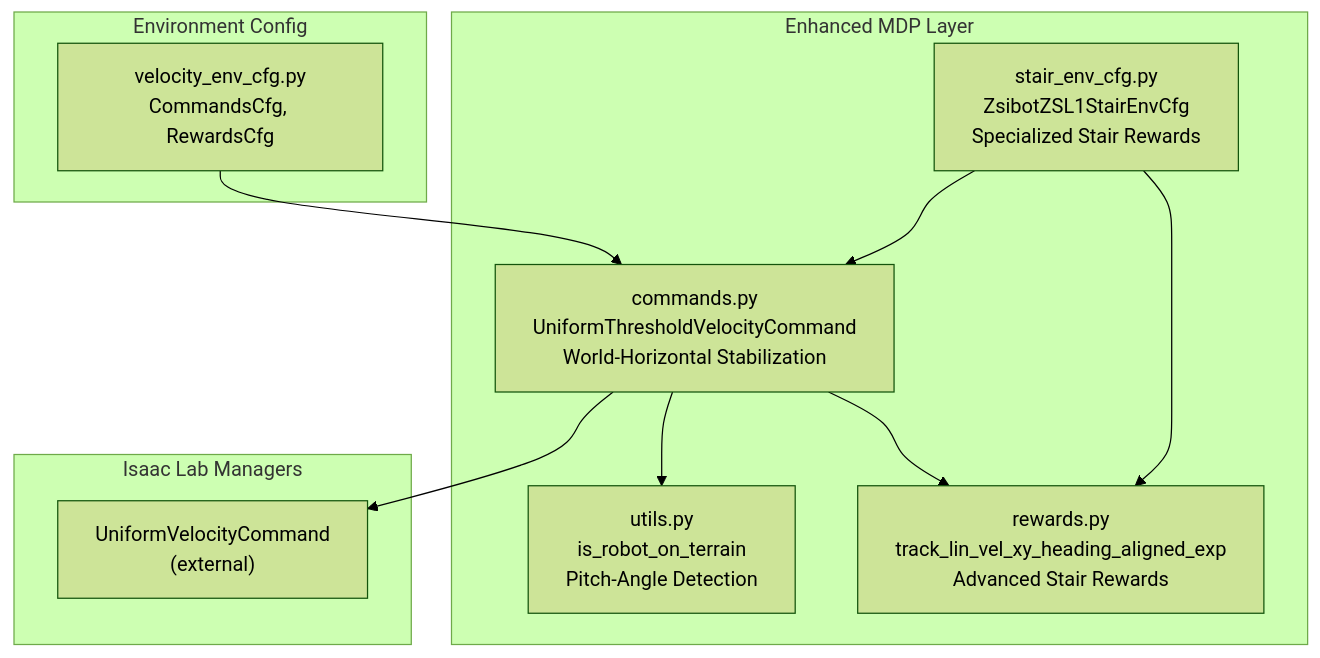
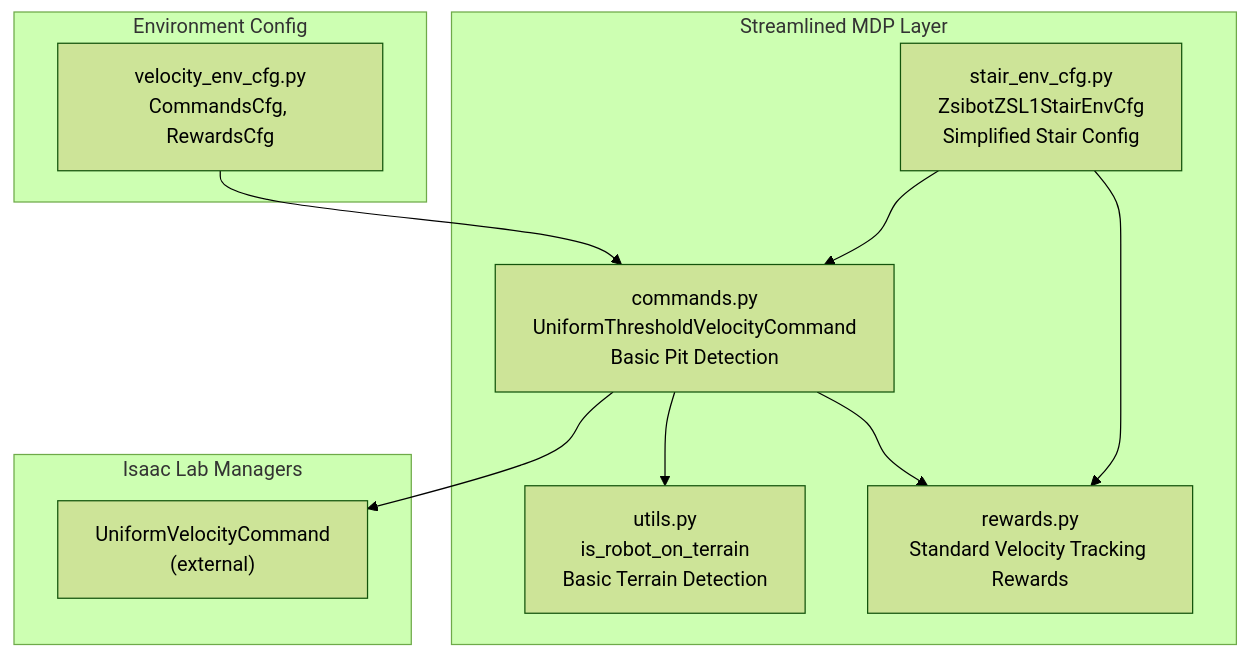
The first of 4 diagrams in .qoder/repowiki/en/content/Task Configuration Framework/Velocity-Based Locomotion Tasks/Command Generation and Tracking.md (jayjayhust/robot_lab), drawn with Mermaid (forest theme) before and after one commit. The commit also changed other lines of this file and 10 other files, not shown here.

````diff
--- a/.qoder/repowiki/en/content/Task Configuration Framework/Velocity-Based Locomotion Tasks/Command Generation and Tracking.md
+++ b/.qoder/repowiki/en/content/Task Configuration Framework/Velocity-Based Locomotion Tasks/Command Generation and Tracking.md
@@ -50,21 +51,21 @@
 ```mermaid
 graph TB
-subgraph "Enhanced MDP Layer"
-CMD["commands.py<br/>UniformThresholdVelocityCommand<br/>World-Horizontal Stabilization"]
-REW["rewards.py<br/>track_lin_vel_xy_heading_aligned_exp<br/>Advanced Stair Rewards"]
-UTL["utils.py<br/>is_robot_on_terrain<br/>Pitch-Angle Detection"]
-STAIR["stair_env_cfg.py<br/>ZsibotZSL1StairEnvCfg<br/>Specialized Stair Rewards"]
+subgraph "Streamlined MDP Layer"
+CMD["commands.py<br/>UniformThresholdVelocityCommand<br/>Basic Pit Detection"]
+REW["rewards.py<br/>Standard Velocity Tracking Rewards"]
+UTL["utils.py<br/>is_robot_on_terrain<br/>Basic Terrain Detection"]
+STAIR["stair_env_cfg.py<br/>ZsibotZSL1StairEnvCfg<br/>Simplified Stair Config"]
 end
 subgraph "Environment Config"
 CFG["velocity_env_cfg.py<br/>CommandsCfg, RewardsCfg"]
 end
 subgraph "Isaac Lab Managers"
 BASE["UniformVelocityCommand<br/>(external)"]
 end
 CFG --> CMD
 CMD --> BASE
 CMD --> UTL
 CMD --> REW
 STAIR --> CMD
 STAIR --> REW
 ```
````
